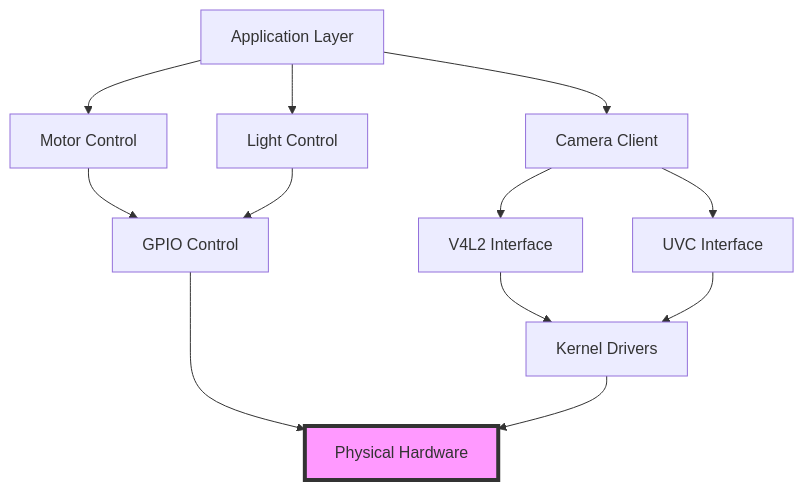
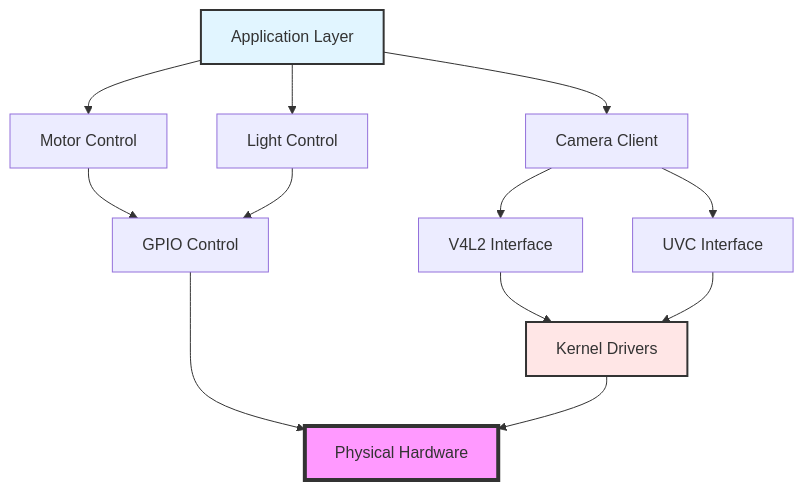
One commit to JayeshKakkad-Rotoclear/Rotoclear-C-Pro-Docs changed the diagram in docs/camera/hardware-interface.md. Above: the diagram before and after it, drawn with Mermaid. The commit also changed 14 other files, not shown here.

Commit message:
Improve Mermaid diagram formatting for better presentation - Added better spacing, styling, and layout - Enhanced readability with color coding and proper node alignment - Improved subgraph organization - Better decision tree layouts

````diff
--- a/docs/camera/hardware-interface.md
+++ b/docs/camera/hardware-interface.md
@@ -9,20 +9,22 @@
 ```mermaid
 graph TB
     App[Application Layer] --> CamClient[Camera Client]
     App --> Motor[Motor Control]
     App --> Light[Light Control]
     
     CamClient --> V4L2[V4L2 Interface]
     CamClient --> UVC[UVC Interface]
     
     V4L2 --> Driver[Kernel Drivers]
     UVC --> Driver
     
     Motor --> GPIO[GPIO Control]
     Light --> GPIO
     
     GPIO --> Hardware[Physical Hardware]
     Driver --> Hardware
     
-    style Hardware fill:#f9f,stroke:#333,stroke-width:4px
+    style App fill:#e1f5ff,stroke:#333,stroke-width:2px
+    style Driver fill:#ffe6e6,stroke:#333,stroke-width:2px
+    style Hardware fill:#ff99ff,stroke:#333,stroke-width:4px
 ```
````
